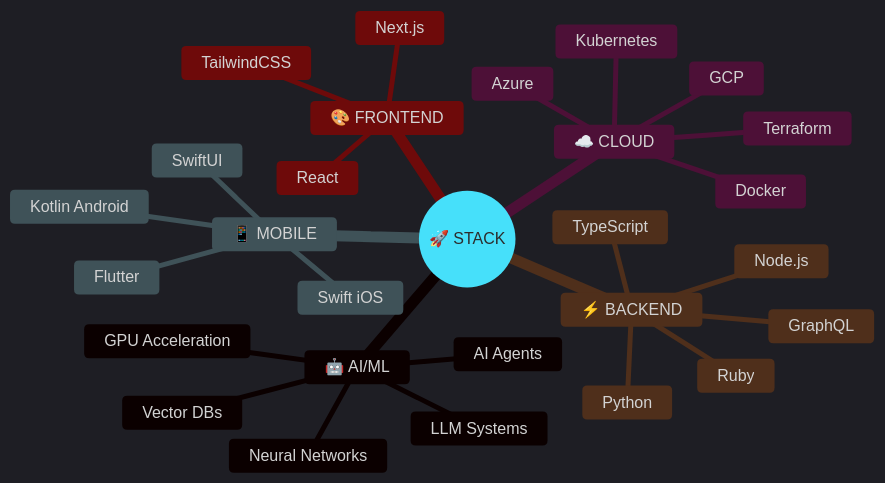
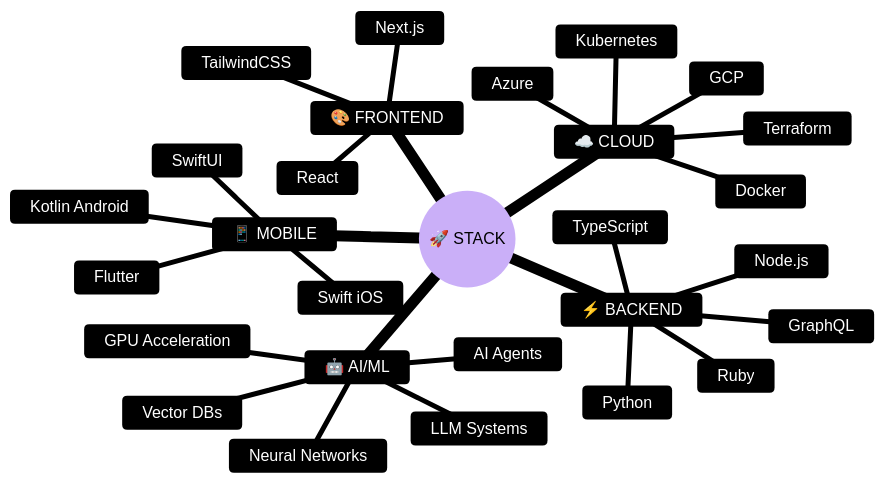
Before and after one commit to yash1511-bogam/yash1511-bogam: the first of 3 diagrams in README.md, drawn with Mermaid.

Commit message:
Force white text in mindmap

````diff
--- a/README.md
+++ b/README.md
@@ -24,32 +24,32 @@
 ```mermaid
-%%{init: {'theme': 'dark', 'themeVariables': {'primaryColor': '#7c3aed', 'primaryTextColor': '#ffffff', 'secondaryColor': '#06b6d4', 'tertiaryColor': '#1a1a2e'}}}%%
+%%{init: {'theme': 'base', 'themeVariables': {'primaryColor': '#7c3aed', 'primaryTextColor': '#ffffff', 'secondaryColor': '#06b6d4', 'tertiaryColor': '#1a1a2e', 'primaryBorderColor': '#06b6d4', 'lineColor': '#ec4899', 'fontFamily': 'arial', 'darkMode': true, 'background': '#0d1117', 'mainBkg': '#0d1117', 'secondBkg': '#1a1a2e', 'border1': '#06b6d4', 'border2': '#7c3aed', 'note': '#1a1a2e', 'text': '#ffffff', 'nodeTextColor': '#ffffff'}}}%%
 mindmap
   root((🚀 STACK))
     🤖 AI/ML
       GPU Acceleration
       LLM Systems
       Neural Networks
       AI Agents
       Vector DBs
     ☁️ CLOUD
       GCP
       Azure
       Kubernetes
       Docker
       Terraform
     📱 MOBILE
       Swift iOS
       Kotlin Android
       Flutter
       SwiftUI
     ⚡ BACKEND
       TypeScript
       Python
       Ruby
       Node.js
       GraphQL
     🎨 FRONTEND
       React
       Next.js
       TailwindCSS
 ```
````
